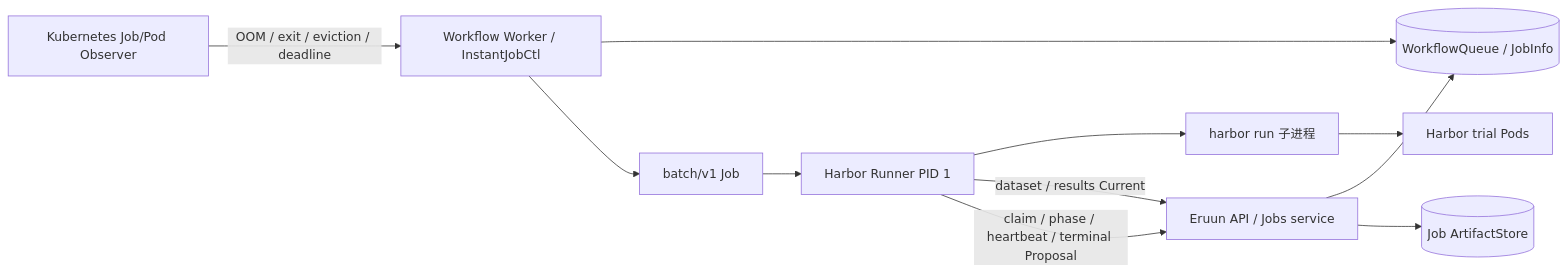
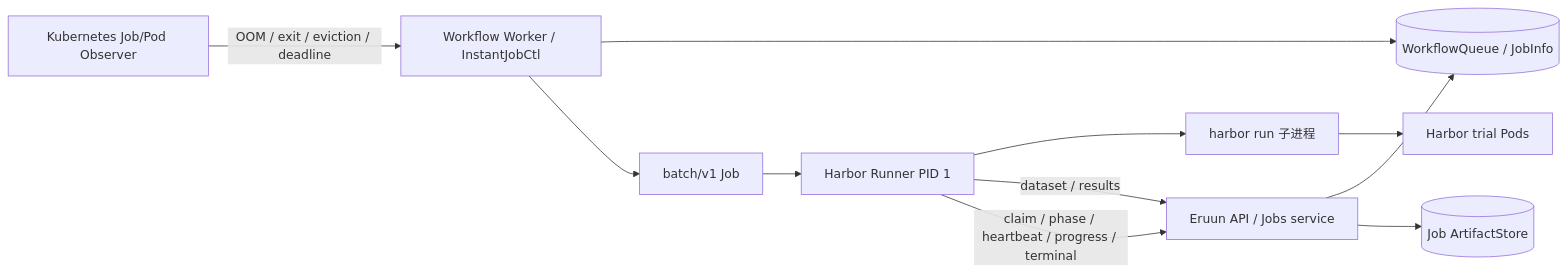
Before and after one commit to PixelCores/Eruun: the diagram in docs/agent-evaluation-runner-service-design.md, drawn with Mermaid. The commit also changed other lines of this file and 25 other files, not shown here.

````diff
--- a/docs/agent-evaluation-runner-service-design.md
+++ b/docs/agent-evaluation-runner-service-design.md
@@ -72,23 +72,23 @@
 ```mermaid
 flowchart LR
     API[Eruun API / Jobs service]
     DB[(WorkflowQueue / JobInfo)]
     Worker[Workflow Worker / InstantJobCtl]
     Job[batch/v1 Job]
     Runner[Harbor Runner PID 1]
     Harbor[harbor run 子进程]
     Trial[Harbor trial Pods]
     Artifacts[(Job ArtifactStore)]
     Observer[Kubernetes Job/Pod Observer]
 
     API --> DB
     Worker --> DB
     Worker --> Job
     Job --> Runner
     Runner --> Harbor
     Harbor --> Trial
-    Runner -->|dataset / results Current| API
-    Runner -->|claim / phase / heartbeat / terminal Proposal| API
+    Runner -->|dataset / results| API
+    Runner -->|claim / phase / heartbeat / progress / terminal| API
     API --> Artifacts
     Observer -->|OOM / exit / eviction / deadline| Worker
 ```
````
